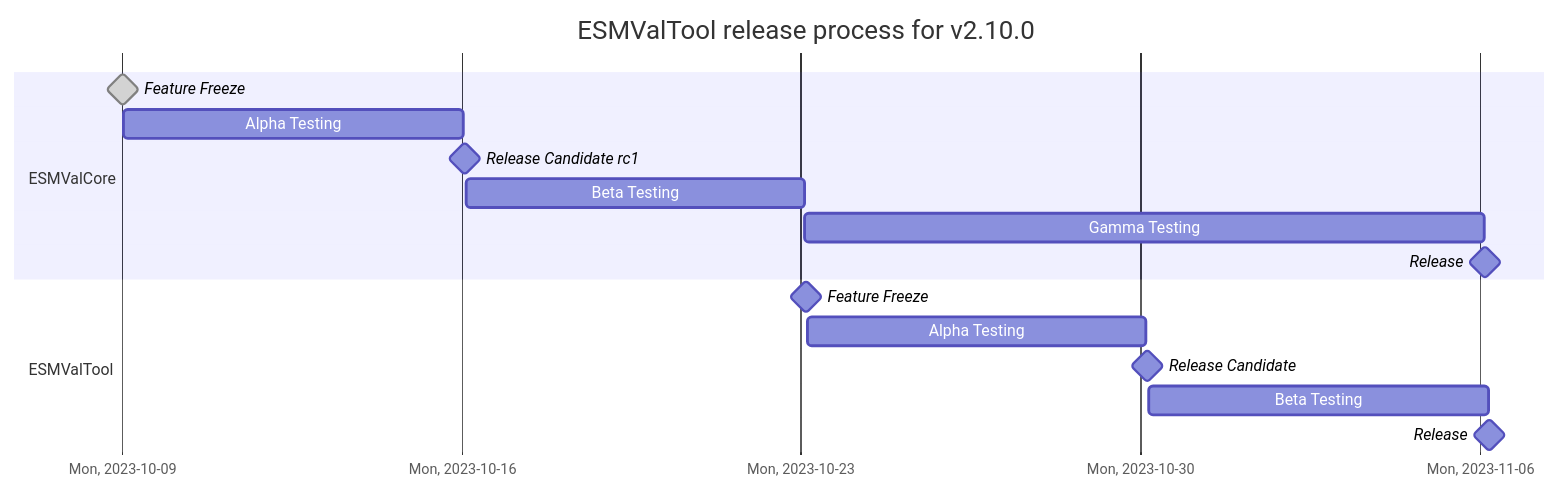
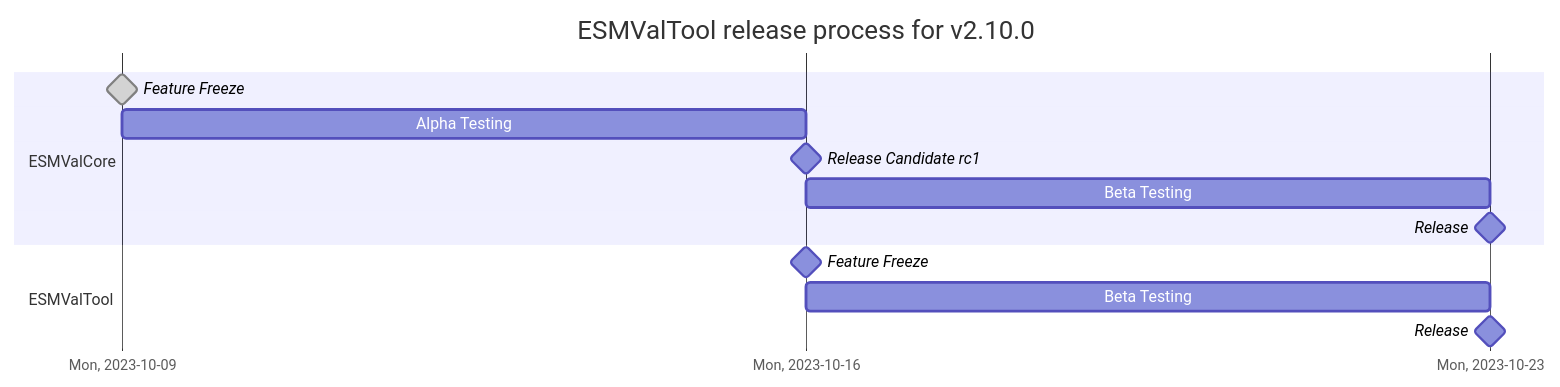
The diagram in doc/sphinx/source/community/release_strategy/release_strategy.rst (ESMValGroup/ESMValTool), drawn with Mermaid before and after one commit.

Commit message:
Update diagram to simplify and make more accurate

```diff
--- a/doc/sphinx/source/community/release_strategy/release_strategy.rst
+++ b/doc/sphinx/source/community/release_strategy/release_strategy.rst
@@ -33,21 +33,18 @@
 .. mermaid::
 
    gantt
       title ESMValTool release process for v2.10.0
       dateFormat YYYY-MM-DD
       axisFormat %a, %Y-%m-%d
       tickInterval 1week
       weekday Monday
       section ESMValCore
-         Feature Freeze: done, milestone, m1, 2023-10-09, 1h
+         Feature Freeze: done, milestone, m1, 2023-10-09, 0h
          Alpha Testing: a1, after m1, 1w
-         Release Candidate rc1: milestone, m2, after a1, 1h
+         Release Candidate rc1: milestone, m2, after a1, 0h
          Beta Testing: a2, after m2, 1w
-         Gamma Testing: a3, after a2, 2w
-         Release: milestone, after a3, 1h
+         Release: milestone, after a2, 0h
       section ESMValTool 
-         Feature Freeze: milestone, m3, after a2, 1h
-         Alpha Testing: a4, after m3, 1w
-         Release Candidate: milestone, m4, after a4, 1h
-         Beta Testing: a5, after m4, 1w
-         Release: milestone, after a5, 1h
+         Feature Freeze: milestone, m3, after a1, 0h
+         Beta Testing: a3, after m3, 1w
+         Release: milestone, after a3, 0h
```
